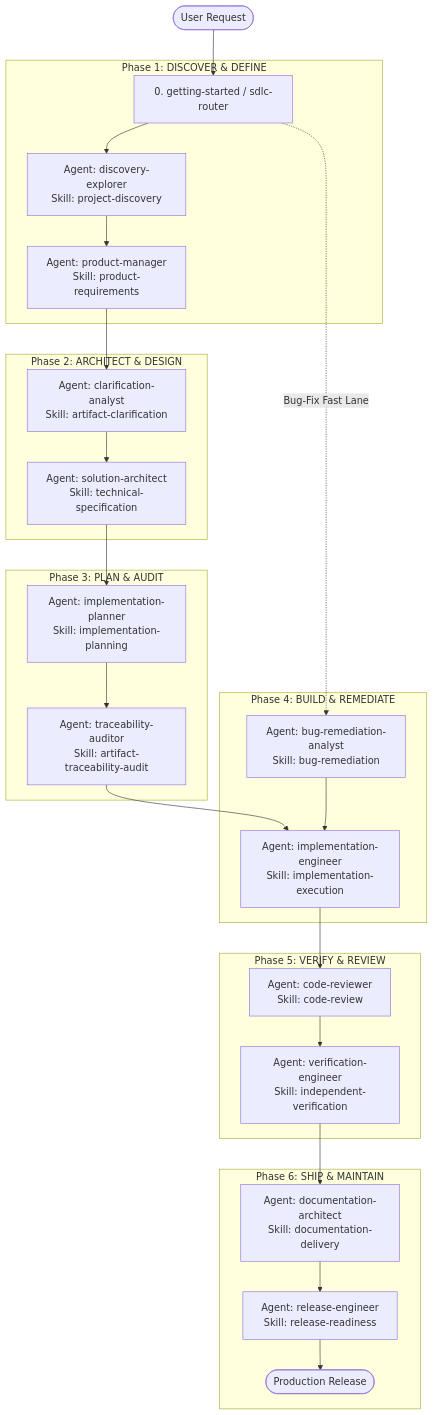
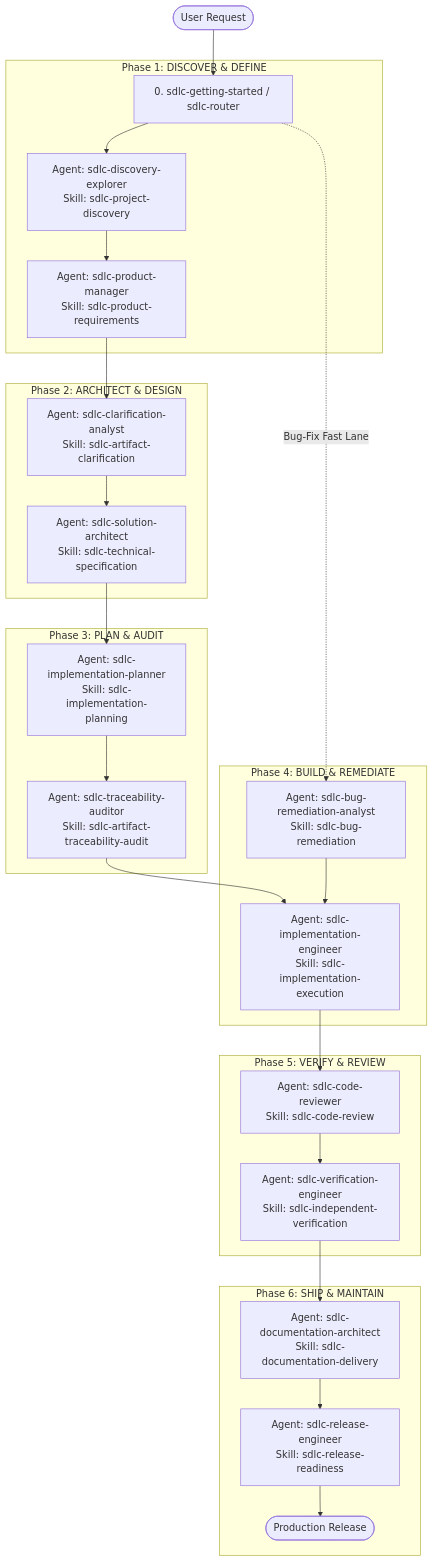
One commit to coderbuzz/agent-toolkit changed the diagram in README.md. Above: the diagram before and after it, drawn with Mermaid. The commit also changed other lines of this file and 775 other files, not shown here.

````diff
--- a/README.md
+++ b/README.md
@@ -57,36 +78,36 @@
 ```mermaid
 flowchart TD
-    Start([User Request]) --> Router["0. getting-started / sdlc-router"]
+    Start([User Request]) --> Router["0. sdlc-getting-started / sdlc-router"]
     
     subgraph Phase 1: DISCOVER & DEFINE
-        Router --> Explorer["Agent: discovery-explorer\nSkill: project-discovery"]
-        Explorer --> PM["Agent: product-manager\nSkill: product-requirements"]
+        Router --> Explorer["Agent: sdlc-discovery-explorer\nSkill: sdlc-project-discovery"]
+        Explorer --> PM["Agent: sdlc-product-manager\nSkill: sdlc-product-requirements"]
     end
     
     subgraph Phase 2: ARCHITECT & DESIGN
-        PM --> Clarify["Agent: clarification-analyst\nSkill: artifact-clarification"]
-        Clarify --> Architect["Agent: solution-architect\nSkill: technical-specification"]
+        PM --> Clarify["Agent: sdlc-clarification-analyst\nSkill: sdlc-artifact-clarification"]
+        Clarify --> Architect["Agent: sdlc-solution-architect\nSkill: sdlc-technical-specification"]
     end
     
     subgraph Phase 3: PLAN & AUDIT
-        Architect --> Planner["Agent: implementation-planner\nSkill: implementation-planning"]
-        Planner --> Auditor["Agent: traceability-auditor\nSkill: artifact-traceability-audit"]
+        Architect --> Planner["Agent: sdlc-implementation-planner\nSkill: sdlc-implementation-planning"]
+        Planner --> Auditor["Agent: sdlc-traceability-auditor\nSkill: sdlc-artifact-traceability-audit"]
     end
     
     subgraph Phase 4: BUILD & REMEDIATE
-        Auditor --> Engineer["Agent: implementation-engineer\nSkill: implementation-execution"]
-        Router -. Bug-Fix Fast Lane .-> BugAnalyst["Agent: bug-remediation-analyst\nSkill: bug-remediation"]
+        Auditor --> Engineer["Agent: sdlc-implementation-engineer\nSkill: sdlc-implementation-execution"]
+        Router -. Bug-Fix Fast Lane .-> BugAnalyst["Agent: sdlc-bug-remediation-analyst\nSkill: sdlc-bug-remediation"]
         BugAnalyst --> Engineer
     end
     
     subgraph Phase 5: VERIFY & REVIEW
-        Engineer --> Reviewer["Agent: code-reviewer\nSkill: code-review"]
-        Reviewer --> Verifier["Agent: verification-engineer\nSkill: independent-verification"]
+        Engineer --> Reviewer["Agent: sdlc-code-reviewer\nSkill: sdlc-code-review"]
+        Reviewer --> Verifier["Agent: sdlc-verification-engineer\nSkill: sdlc-independent-verification"]
     end
     
     subgraph Phase 6: SHIP & MAINTAIN
-        Verifier --> DocArch["Agent: documentation-architect\nSkill: documentation-delivery"]
-        DocArch --> ReleaseEng["Agent: release-engineer\nSkill: release-readiness"]
+        Verifier --> DocArch["Agent: sdlc-documentation-architect\nSkill: sdlc-documentation-delivery"]
+        DocArch --> ReleaseEng["Agent: sdlc-release-engineer\nSkill: sdlc-release-readiness"]
         ReleaseEng --> Done([Production Release])
     end
 ```
````
